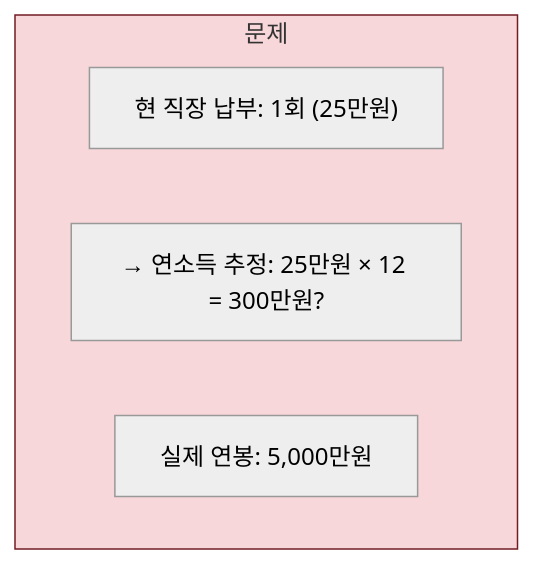
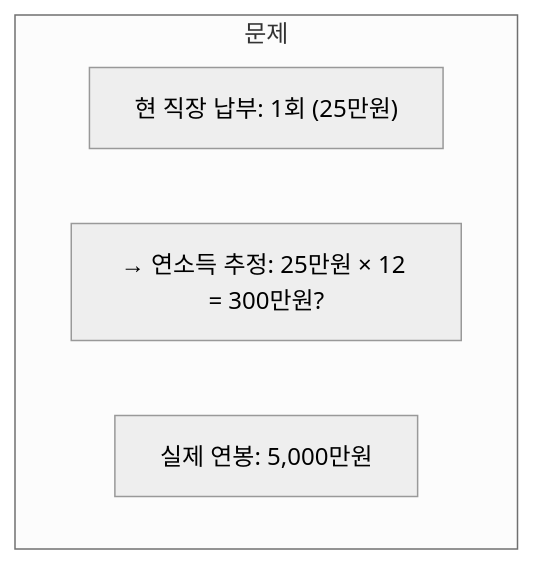
One commit to Gyubster/til changed the second of 7 diagrams in _posts/2025-12-05-건강보험-연소득-산정의-엣지케이스-비즈니스-규칙이-코드보다-어려울-때.md. Above: the diagram before and after it, drawn with Mermaid (neutral theme). The commit also changed other lines of this file and 13 other files, not shown here.

Commit message:
Mermaid 렌더링 수정: subgraph style 명령 제거

````diff
--- a/_posts/2025-12-05-건강보험-연소득-산정의-엣지케이스-비즈니스-규칙이-코드보다-어려울-때.md
+++ b/_posts/2025-12-05-건강보험-연소득-산정의-엣지케이스-비즈니스-규칙이-코드보다-어려울-때.md
@@ -36,9 +36,8 @@
 ```mermaid
 flowchart TD
     subgraph problem["문제"]
         A["현 직장 납부: 1회 (25만원)"]
         B["→ 연소득 추정: 25만원 × 12 = 300만원?"]
         C["실제 연봉: 5,000만원"]
     end
-    style problem fill:#f8d7da,stroke:#721c24
 ```
````
